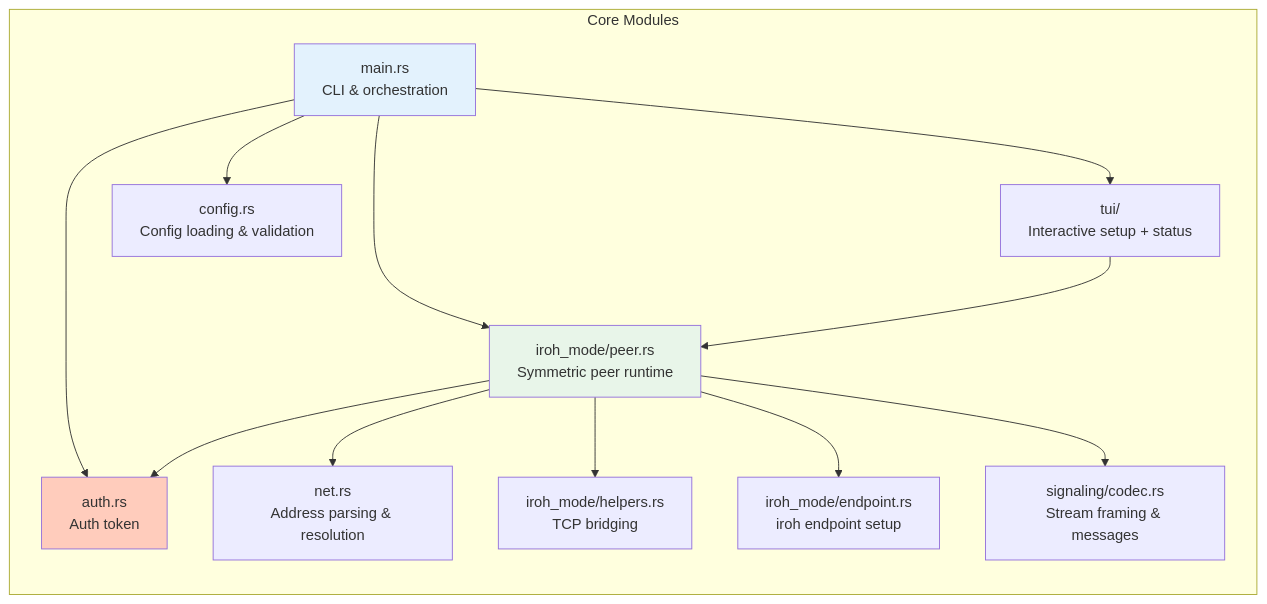
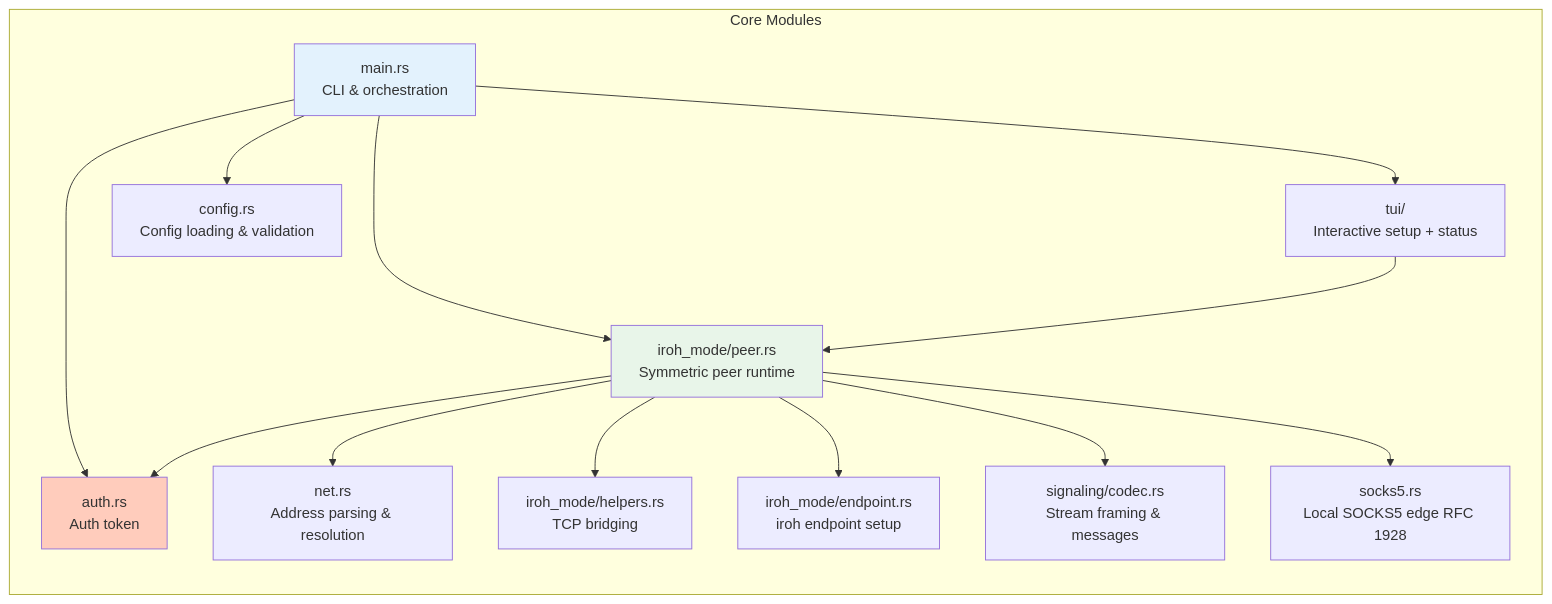
Before and after one commit to andrewtheguy/duopipe: the second of 21 diagrams in docs/ARCHITECTURE.md, drawn with Mermaid. The commit also changed other lines of this file and 11 other files, not shown here.

````diff
--- a/docs/ARCHITECTURE.md
+++ b/docs/ARCHITECTURE.md
@@ -74,29 +75,31 @@
 ```mermaid
 graph LR
     subgraph "Core Modules"
         A[main.rs<br/>CLI & orchestration]
         T[tui/<br/>Interactive setup + status]
         B[config.rs<br/>Config loading & validation]
         C[iroh_mode/peer.rs<br/>Symmetric peer runtime]
         C2[net.rs<br/>Address parsing & resolution]
         C3[iroh_mode/helpers.rs<br/>TCP bridging]
         D[iroh_mode/endpoint.rs<br/>iroh endpoint setup]
         E2[auth.rs<br/>Auth token]
         F[signaling/codec.rs<br/>Stream framing & messages]
+        S[socks5.rs<br/>Local SOCKS5 edge RFC 1928]
     end
 
     A --> T
     A --> B
     A --> C
     A --> E2
     T --> C
     C --> C2
     C --> C3
     C --> D
     C --> E2
     C --> F
+    C --> S
 
     style A fill:#E3F2FD
     style C fill:#E8F5E9
     style E2 fill:#FFCCBC
 ```
````
